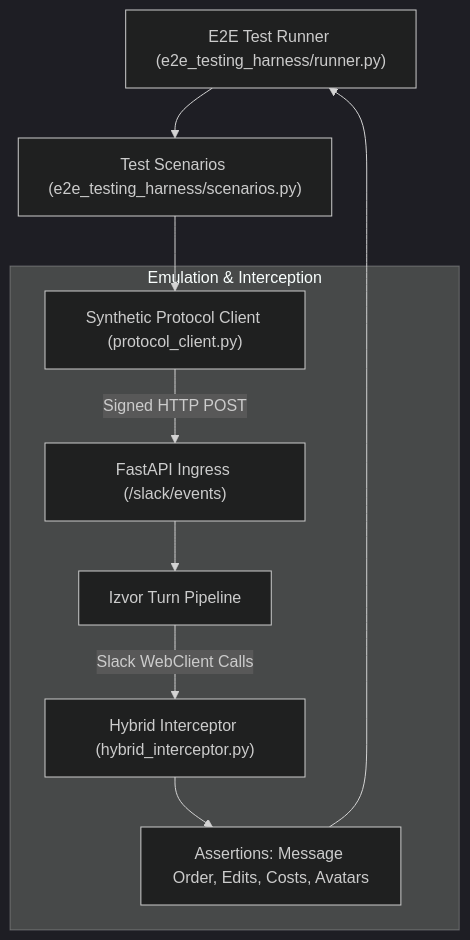
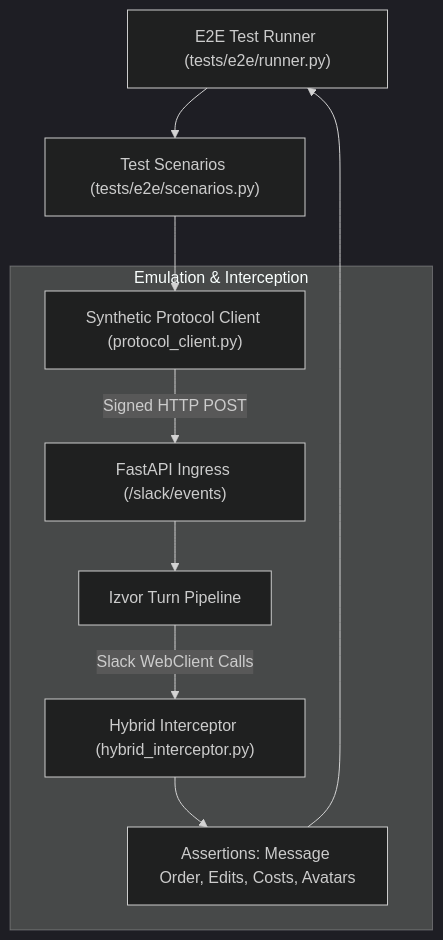
Before and after one commit to BranMik/Izvor: the diagram in docs/development-and-testing/e2e-testing-harness.md, drawn with Mermaid (dark theme). The commit also changed other lines of this file and 106 other files, not shown here.

First line of the commit message:
refactor(tests): restructure test suites into unit, integration, and e2e hierarchy

````diff
--- a/docs/development-and-testing/e2e-testing-harness.md
+++ b/docs/development-and-testing/e2e-testing-harness.md
@@ -21,14 +21,14 @@
 ```mermaid
 graph TD
-    Runner["E2E Test Runner (e2e_testing_harness/runner.py)"] --> Scenarios["Test Scenarios (e2e_testing_harness/scenarios.py)"]
+    Runner["E2E Test Runner (tests/e2e/runner.py)"] --> Scenarios["Test Scenarios (tests/e2e/scenarios.py)"]
     Scenarios --> ProtocolClient["Synthetic Protocol Client (protocol_client.py)"]
     
     subgraph Emulation & Interception
         ProtocolClient -->|Signed HTTP POST| WebhookServer["FastAPI Ingress (/slack/events)"]
         WebhookServer --> AppPipeline["Izvor Turn Pipeline"]
         AppPipeline -->|Slack WebClient Calls| Interceptor["Hybrid Interceptor (hybrid_interceptor.py)"]
         Interceptor --> StateValidation["Assertions: Message Order, Edits, Costs, Avatars"]
     end
     
     StateValidation --> Runner
 ```
````
